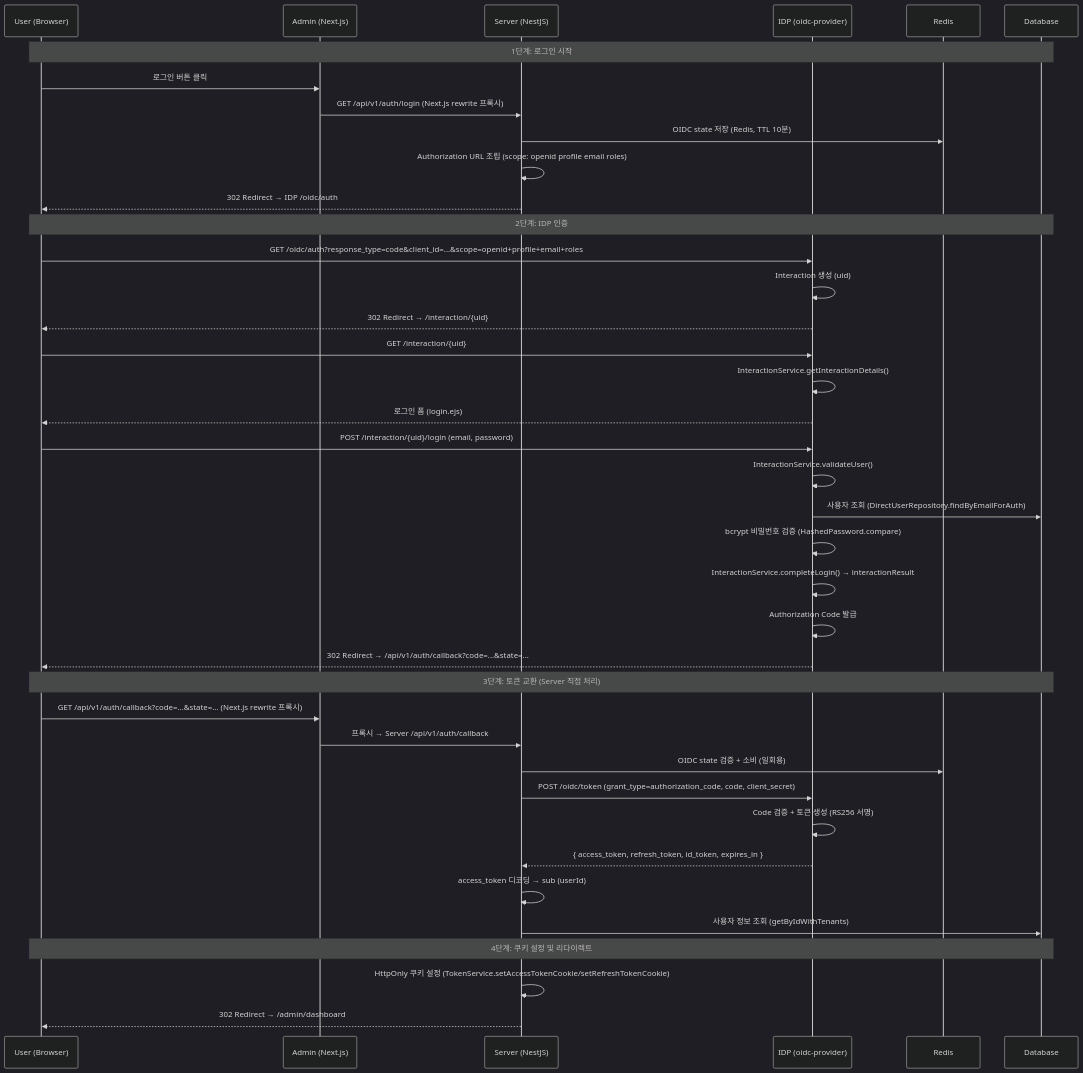
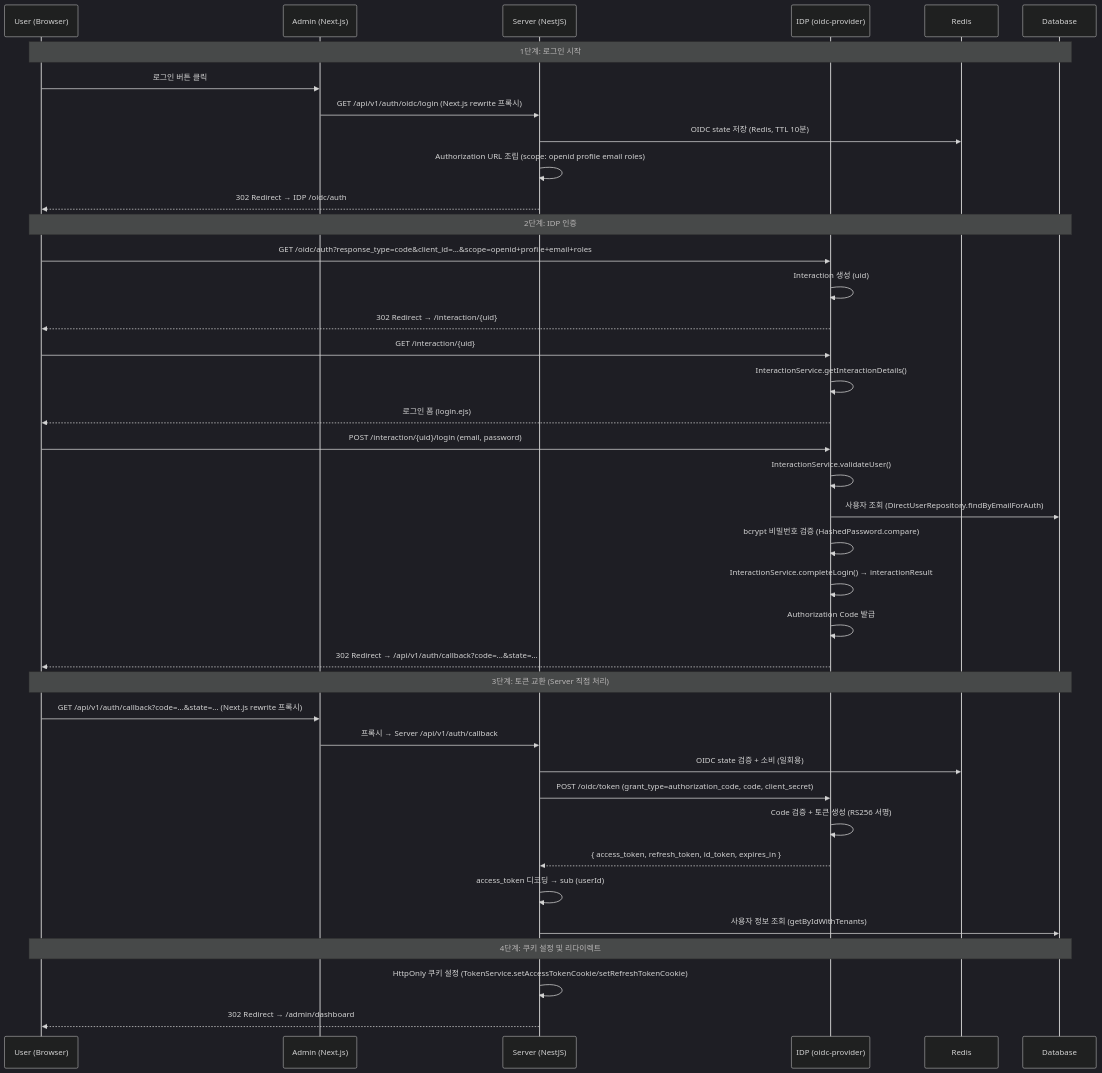
Before and after one commit to kimjoongwon/prj-core: the first of 5 diagrams in packages/be-common/_spec/auth-security/oidc-auth-flow.md, drawn with Mermaid (dark theme). The commit also changed other lines of this file and 51 other files, not shown here.

````diff
--- a/packages/be-common/_spec/auth-security/oidc-auth-flow.md
+++ b/packages/be-common/_spec/auth-security/oidc-auth-flow.md
@@ -26,45 +26,45 @@
 ```mermaid
 sequenceDiagram
     participant U as User (Browser)
     participant A as Admin (Next.js)
     participant S as Server (NestJS)
     participant I as IDP (oidc-provider)
     participant R as Redis
     participant DB as Database
 
     Note over U,DB: 1단계: 로그인 시작
     U->>A: 로그인 버튼 클릭
-    A->>S: GET /api/v1/auth/login (Next.js rewrite 프록시)
+    A->>S: GET /api/v1/auth/oidc/login (Next.js rewrite 프록시)
     S->>R: OIDC state 저장 (Redis, TTL 10분)
     S->>S: Authorization URL 조립 (scope: openid profile email roles)
     S-->>U: 302 Redirect → IDP /oidc/auth
 
     Note over U,DB: 2단계: IDP 인증
     U->>I: GET /oidc/auth?response_type=code&client_id=...&scope=openid+profile+email+roles
     I->>I: Interaction 생성 (uid)
     I-->>U: 302 Redirect → /interaction/{uid}
     U->>I: GET /interaction/{uid}
     I->>I: InteractionService.getInteractionDetails()
     I-->>U: 로그인 폼 (login.ejs)
     U->>I: POST /interaction/{uid}/login (email, password)
     I->>I: InteractionService.validateUser()
     I->>DB: 사용자 조회 (DirectUserRepository.findByEmailForAuth)
     I->>I: bcrypt 비밀번호 검증 (HashedPassword.compare)
     I->>I: InteractionService.completeLogin() → interactionResult
     I->>I: Authorization Code 발급
     I-->>U: 302 Redirect → /api/v1/auth/callback?code=...&state=...
 
     Note over U,DB: 3단계: 토큰 교환 (Server 직접 처리)
     U->>A: GET /api/v1/auth/callback?code=...&state=... (Next.js rewrite 프록시)
     A->>S: 프록시 → Server /api/v1/auth/callback
     S->>R: OIDC state 검증 + 소비 (일회용)
     S->>I: POST /oidc/token (grant_type=authorization_code, code, client_secret)
     I->>I: Code 검증 + 토큰 생성 (RS256 서명)
     I-->>S: { access_token, refresh_token, id_token, expires_in }
     S->>S: access_token 디코딩 → sub (userId)
     S->>DB: 사용자 정보 조회 (getByIdWithTenants)
 
     Note over U,DB: 4단계: 쿠키 설정 및 리다이렉트
     S->>S: HttpOnly 쿠키 설정 (TokenService.setAccessTokenCookie/setRefreshTokenCookie)
     S-->>U: 302 Redirect → /admin/dashboard
 ```
````
